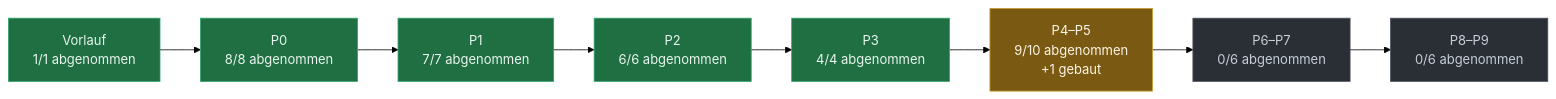
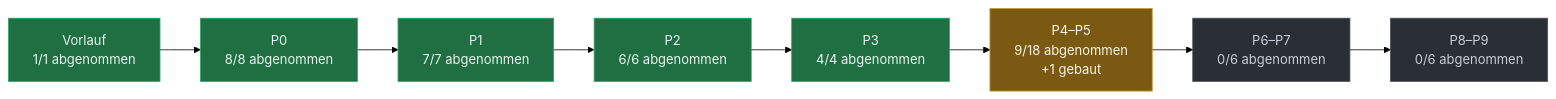
The diagram in docs/PLAN-STAND.md (evenacadia-tech/Nakama), drawn with Mermaid (forest theme) before and after one commit. The commit also changed other lines of this file and 2 other files, not shown here.

````diff
--- a/docs/PLAN-STAND.md
+++ b/docs/PLAN-STAND.md
@@ -37,21 +40,21 @@
 ```mermaid
 flowchart LR
   P0["Vorlauf<br/>1/1 abgenommen"]:::fertig
   P1["P0<br/>8/8 abgenommen"]:::fertig
   P0 --> P1
   P2["P1<br/>7/7 abgenommen"]:::fertig
   P1 --> P2
   P3["P2<br/>6/6 abgenommen"]:::fertig
   P2 --> P3
   P4["P3<br/>4/4 abgenommen"]:::fertig
   P3 --> P4
-  P5["P4–P5<br/>9/10 abgenommen<br/>+1 gebaut"]:::laeuft
+  P5["P4–P5<br/>9/18 abgenommen<br/>+1 gebaut"]:::laeuft
   P4 --> P5
   P6["P6–P7<br/>0/6 abgenommen"]:::offen
   P5 --> P6
   P7["P8–P9<br/>0/6 abgenommen"]:::offen
   P6 --> P7
   classDef fertig fill:#1f6f43,stroke:#2ea36a,color:#eaf6ef
   classDef laeuft fill:#7a5a12,stroke:#c99a2e,color:#fdf6e6
   classDef offen  fill:#2a2f36,stroke:#4a525c,color:#c7ced8
 ```
````
